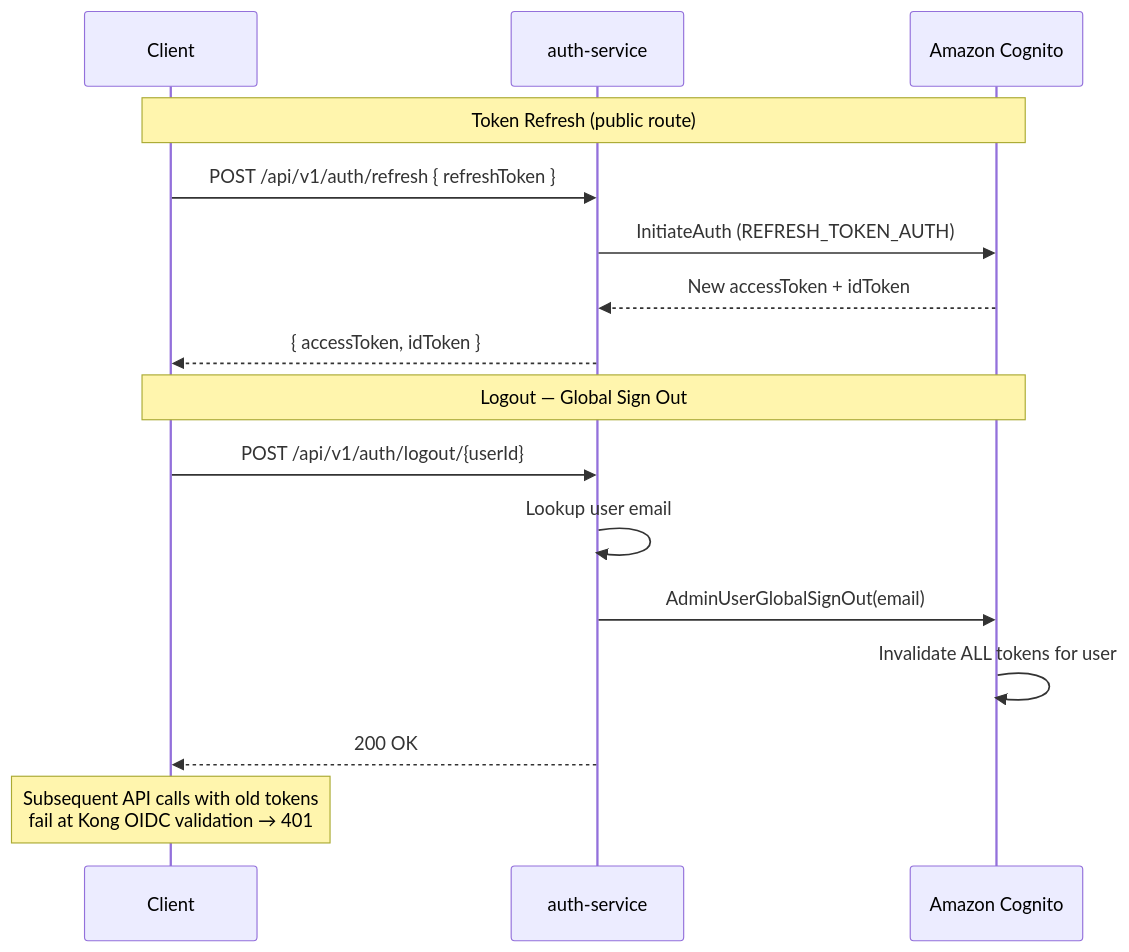
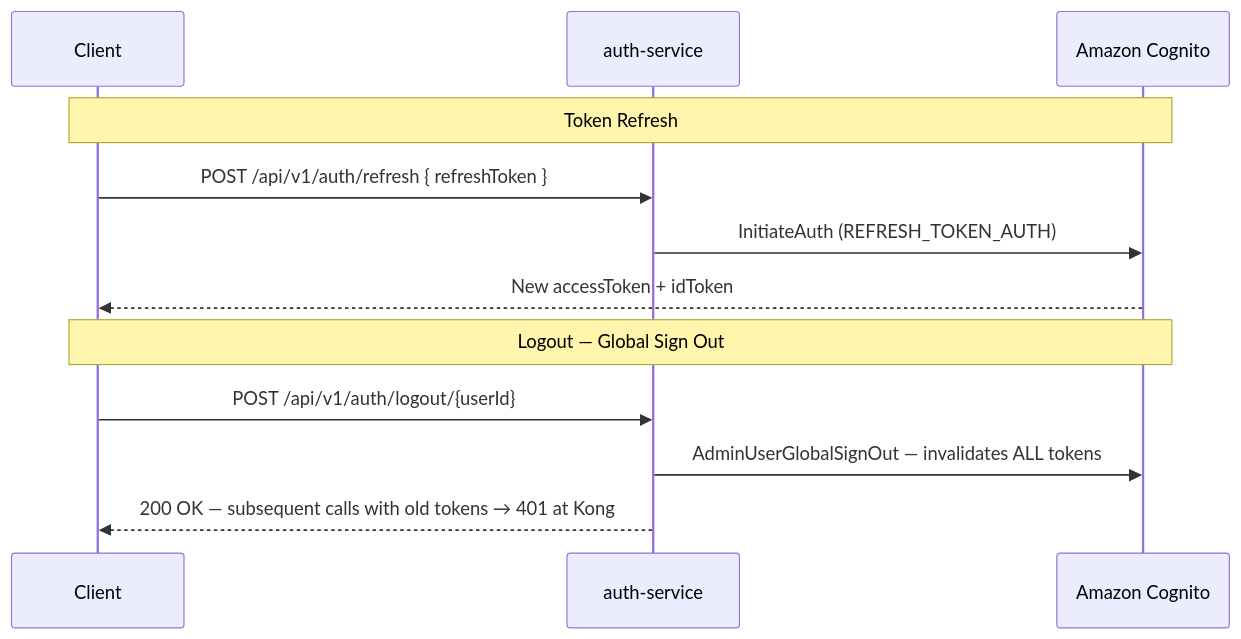
The fifth of 12 diagrams in README.md (shanaka-versent/munchgo-aws-iac), drawn with Mermaid before and after one commit. The commit also changed other lines of this file, not shown here.

````diff
--- a/README.md
+++ b/README.md
@@ -519,20 +394,16 @@
 ```mermaid
 sequenceDiagram
     participant C as Client
     participant Auth as auth-service
     participant Cognito as Amazon Cognito
 
-    Note over C,Cognito: Token Refresh (public route)
+    Note over C,Cognito: Token Refresh
     C->>Auth: POST /api/v1/auth/refresh { refreshToken }
     Auth->>Cognito: InitiateAuth (REFRESH_TOKEN_AUTH)
-    Cognito-->>Auth: New accessToken + idToken
-    Auth-->>C: { accessToken, idToken }
+    Cognito-->>C: New accessToken + idToken
 
     Note over C,Cognito: Logout — Global Sign Out
     C->>Auth: POST /api/v1/auth/logout/{userId}
-    Auth->>Auth: Lookup user email
-    Auth->>Cognito: AdminUserGlobalSignOut(email)
-    Cognito->>Cognito: Invalidate ALL tokens for user
-    Auth-->>C: 200 OK
-    Note over C: Subsequent API calls with old tokens<br/>fail at Kong OIDC validation → 401
+    Auth->>Cognito: AdminUserGlobalSignOut — invalidates ALL tokens
+    Auth-->>C: 200 OK — subsequent calls with old tokens → 401 at Kong
 ```
````
